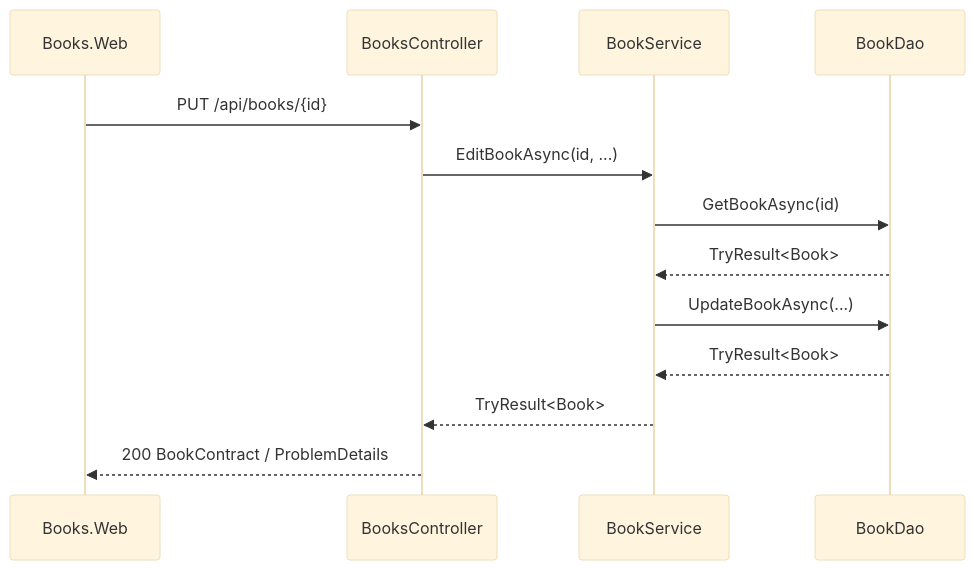
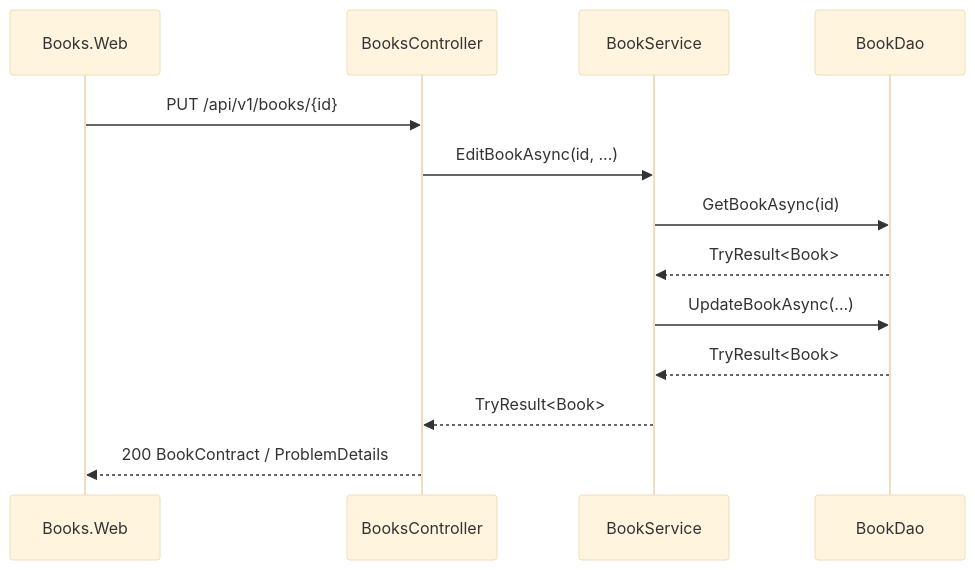
Before and after one commit to ihor-shndr/api-template-dotnet: the second of 2 diagrams in docs/tech-designs/tech-design-book-management.md, drawn with Mermaid (base theme). The commit also changed other lines of this file and 36 other files, not shown here.

First line of the commit message:
refactor: update health check endpoint and improve architecture documentation

````diff
--- a/docs/tech-designs/tech-design-book-management.md
+++ b/docs/tech-designs/tech-design-book-management.md
@@ -56,16 +56,16 @@
 ```mermaid
 sequenceDiagram
     participant Web as Books.Web
     participant Api as BooksController
     participant Svc as BookService
     participant Dao as BookDao
 
-    Web->>Api: PUT /api/books/{id}
+    Web->>Api: PUT /api/v1/books/{id}
     Api->>Svc: EditBookAsync(id, ...)
     Svc->>Dao: GetBookAsync(id)
     Dao-->>Svc: TryResult<Book>
     Svc->>Dao: UpdateBookAsync(...)
     Dao-->>Svc: TryResult<Book>
     Svc-->>Api: TryResult<Book>
     Api-->>Web: 200 BookContract / ProblemDetails
 ```
````
